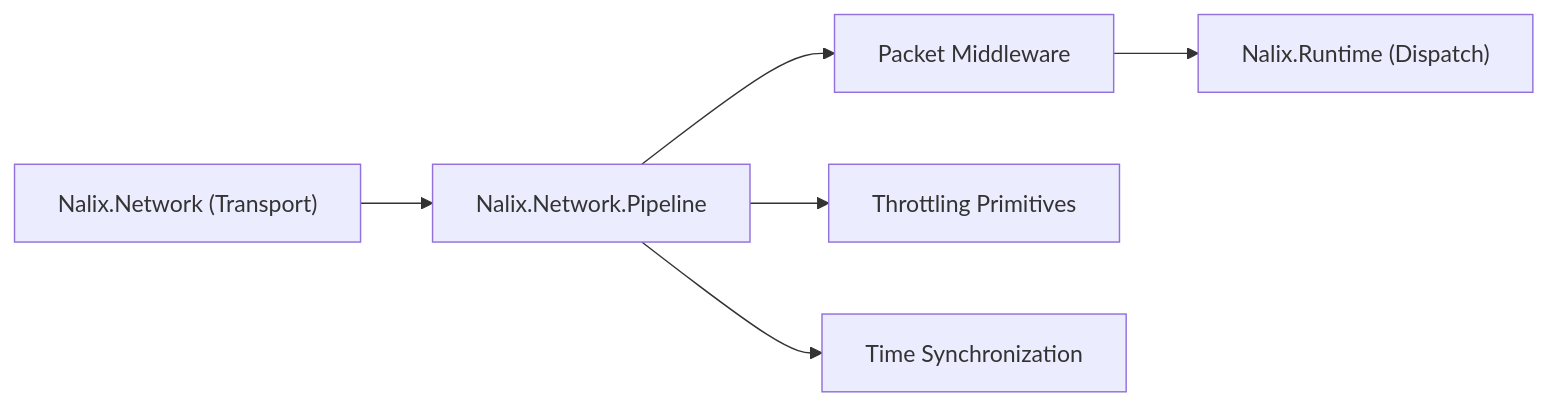
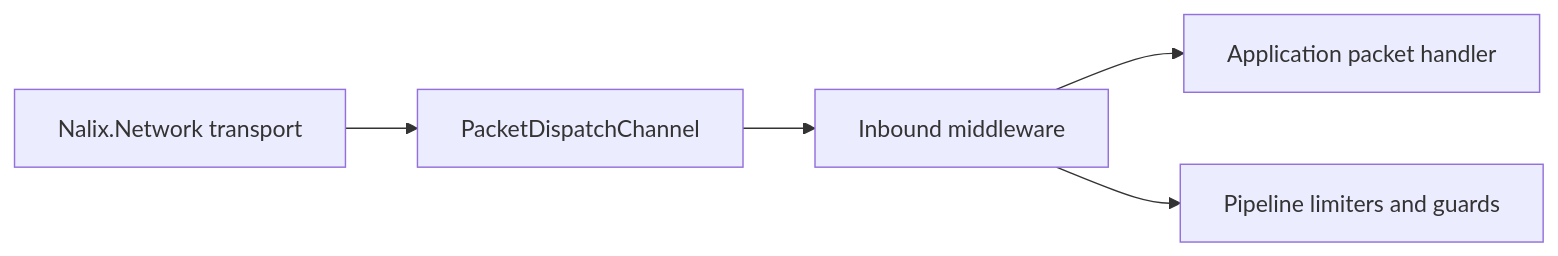
The diagram in docs/packages/nalix-network-pipeline.md (ppn-systems/Nalix), drawn with Mermaid before and after one commit. The commit also changed other lines of this file and 114 other files, not shown here.

First line of the commit message:
docs: align network and pipeline documentation (#111)

````diff
--- a/docs/packages/nalix-network-pipeline.md
+++ b/docs/packages/nalix-network-pipeline.md
@@ -10,8 +20,7 @@
 ```mermaid
 flowchart LR
-    A["Nalix.Network (Transport)"] --> B["Nalix.Network.Pipeline"]
-    B --> C["Packet Middleware"]
-    B --> D["Throttling Primitives"]
-    B --> E["Time Synchronization"]
-    C --> F["Nalix.Runtime (Dispatch)"]
+    A["Nalix.Network transport"] --> B["PacketDispatchChannel"]
+    B --> C["Inbound middleware"]
+    C --> D["Application packet handler"]
+    C --> E["Pipeline limiters and guards"]
 ```
````
